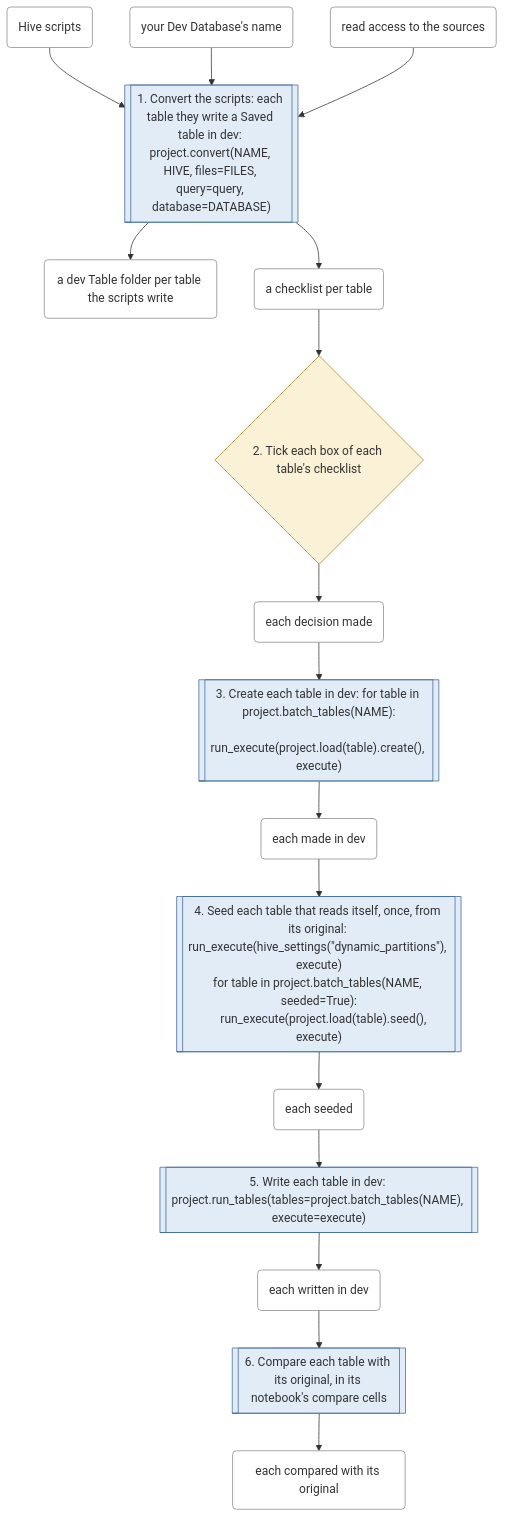
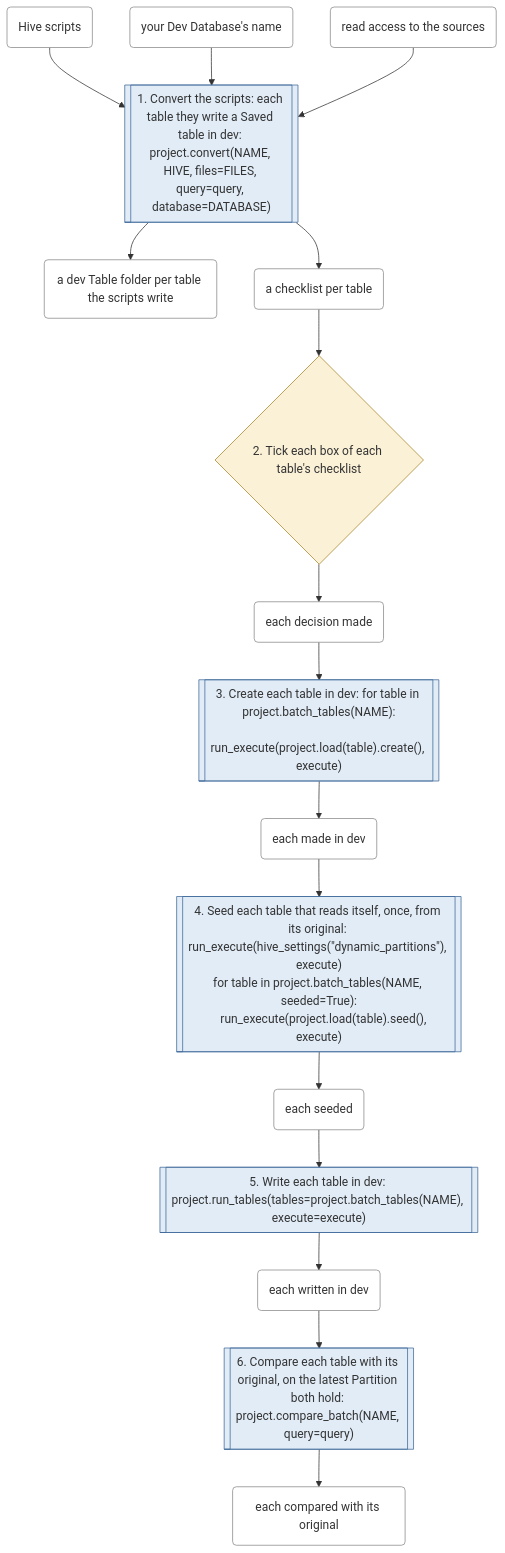
The first of 6 diagrams in docs/workflows.md (EdgyPage/SQL-Composer), drawn with Mermaid before and after one commit. The commit also changed 15 other files, not shown here.

First line of the commit message:
feat(8.0): the compare step: each dev table against its original, then the batch finished, D340 D341

````diff
--- a/docs/workflows.md
+++ b/docs/workflows.md
@@ -23,58 +23,58 @@
 ```mermaid
 flowchart TD
     s0[["1. Convert the scripts: each table they write a Saved table in dev: project.convert(NAME, HIVE, files=FILES, query=query, database=DATABASE)"]]
     class s0 permission
     t0 --> s0
     t1 --> s0
     t2 --> s0
     s0 --> t3
     s0 --> t4
     s1{"2. Tick each box of each table's checklist"}
     class s1 decision
     t4 --> s1
     s1 --> t5
     s2[["3. Create each table in dev: for table in project.batch_tables(NAME):
     run_execute(project.load(table).create(), execute)"]]
     class s2 permission
     t5 --> s2
     s2 --> t6
     s3[["4. Seed each table that reads itself, once, from its original: run_execute(hive_settings(#quot;dynamic_partitions#quot;), execute)
 for table in project.batch_tables(NAME, seeded=True):
     run_execute(project.load(table).seed(), execute)"]]
     class s3 permission
     t6 --> s3
     s3 --> t7
     s4[["5. Write each table in dev: project.run_tables(tables=project.batch_tables(NAME), execute=execute)"]]
     class s4 permission
     t7 --> s4
     s4 --> t8
-    s5[["6. Compare each table with its original, in its notebook's compare cells"]]
+    s5[["6. Compare each table with its original, on the latest Partition both hold: project.compare_batch(NAME, query=query)"]]
     class s5 permission
     t8 --> s5
     s5 --> t9
     t0("Hive scripts")
     class t0 thing
     t1("your Dev Database's name")
     class t1 thing
     t2("read access to the sources")
     class t2 thing
     t3("a dev Table folder per table the scripts write")
     class t3 thing
     t4("a checklist per table")
     class t4 thing
     t5("each decision made")
     class t5 thing
     t6("each made in dev")
     class t6 thing
     t7("each seeded")
     class t7 thing
     t8("each written in dev")
     class t8 thing
     t9("each compared with its original")
     class t9 thing
     classDef file fill:#e3f2e1,stroke:#4a8a3f
     classDef permission fill:#e1ecf7,stroke:#3f6a9a
     classDef decision fill:#fbf1d6,stroke:#a8842a
     classDef fiddling fill:#f8d7d5,stroke:#b03a30
     classDef thing fill:#ffffff,stroke:#888888
 ```
````
